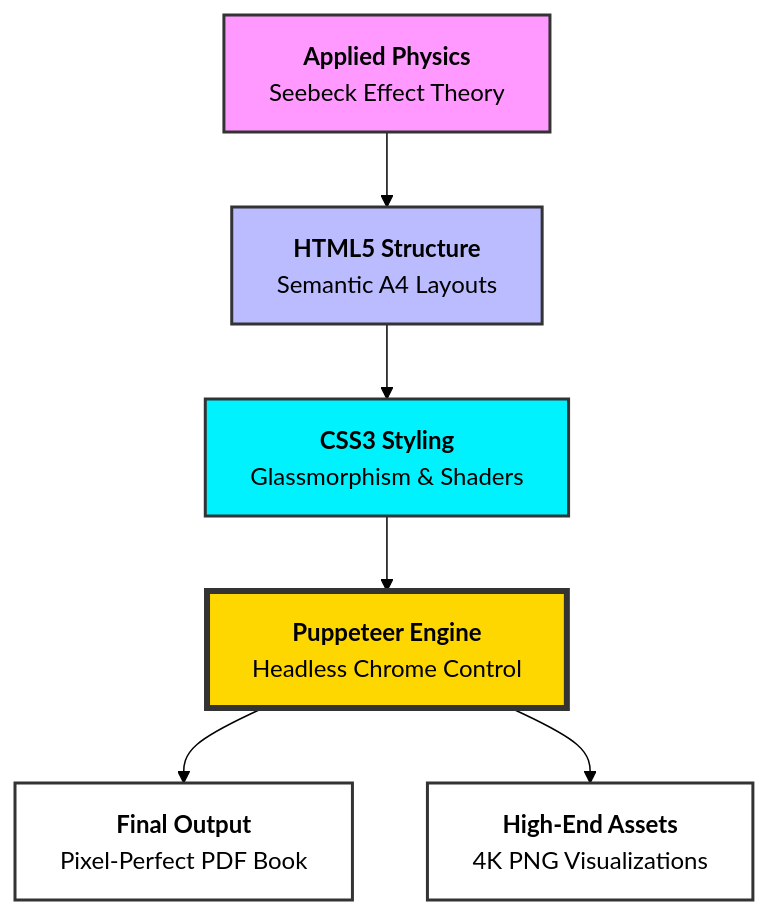
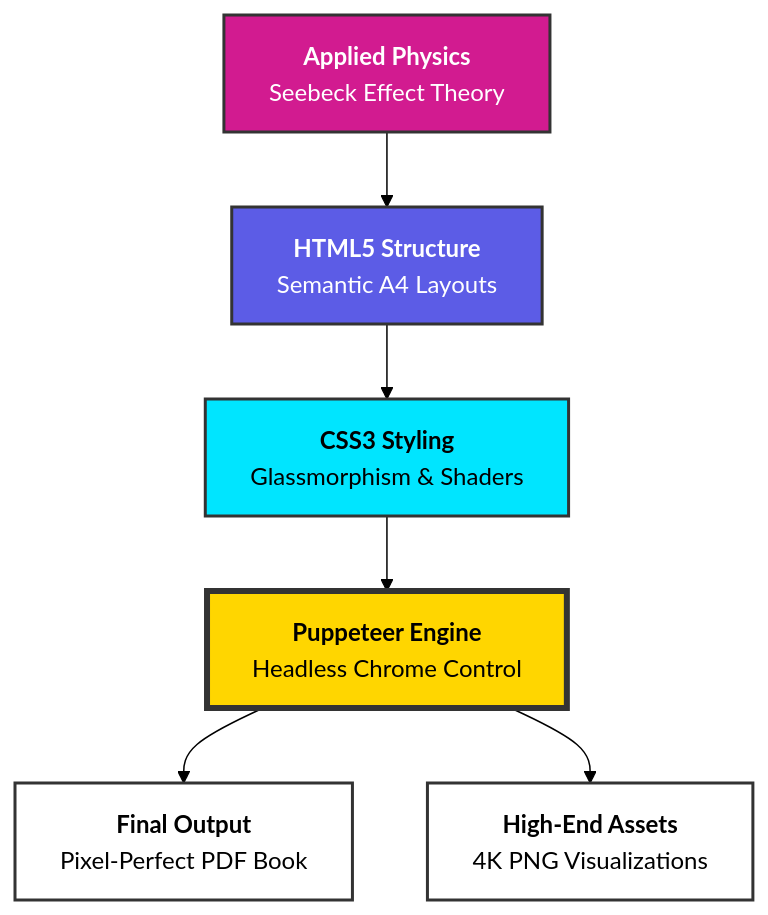
One commit to kiran-embedded/thermoelectric-generator changed the diagram in README.md. Above: the diagram before and after it, drawn with Mermaid (forest theme). The commit also changed other lines of this file and 1 other file, not shown here.

Commit message:
💎 style: final visual refinements (liquid glass branding, contrast fix, diagram optimization)

````diff
--- a/README.md
+++ b/README.md
@@ -33,15 +35,15 @@
 ```mermaid
 graph TD
     A[<b>Applied Physics</b><br/>Seebeck Effect Theory] --> B[<b>HTML5 Structure</b><br/>Semantic A4 Layouts]
     B --> C[<b>CSS3 Styling</b><br/>Glassmorphism & Shaders]
     C --> D[<b>Puppeteer Engine</b><br/>Headless Chrome Control]
     D --> E[<b>Final Output</b><br/>Pixel-Perfect PDF Book]
     D --> F[<b>High-End Assets</b><br/>4K PNG Visualizations]
     
-    style A fill:#f9f,stroke:#333,stroke-width:2px
-    style B fill:#bbf,stroke:#333,stroke-width:2px
-    style C fill:#00f2ff,stroke:#333,stroke-width:2px,color:#000
-    style D fill:#ffd700,stroke:#333,stroke-width:4px,color:#000
-    style E fill:#fff,stroke:#333,stroke-width:2px,color:#000
-    style F fill:#fff,stroke:#333,stroke-width:2px,color:#000
+    style A fill:#D21B90,stroke:#333,stroke-width:2px,color:#fff
+    style B fill:#5C5CE6,stroke:#333,stroke-width:2px,color:#fff
+    style C fill:#00E5FF,stroke:#333,stroke-width:2px,color:#000
+    style D fill:#FFD600,stroke:#333,stroke-width:4px,color:#000
+    style E fill:#FFFFFF,stroke:#333,stroke-width:2px,color:#000
+    style F fill:#FFFFFF,stroke:#333,stroke-width:2px,color:#000
 ```
````
